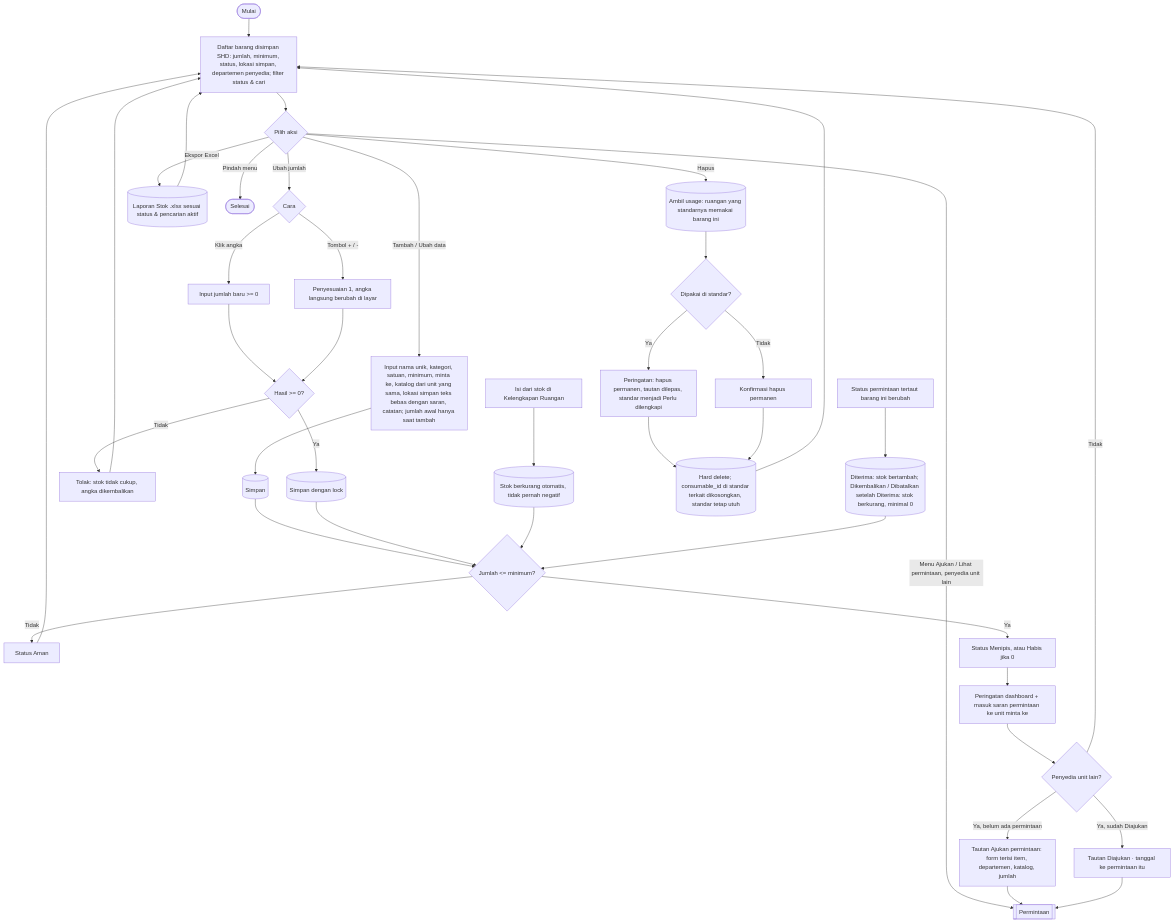
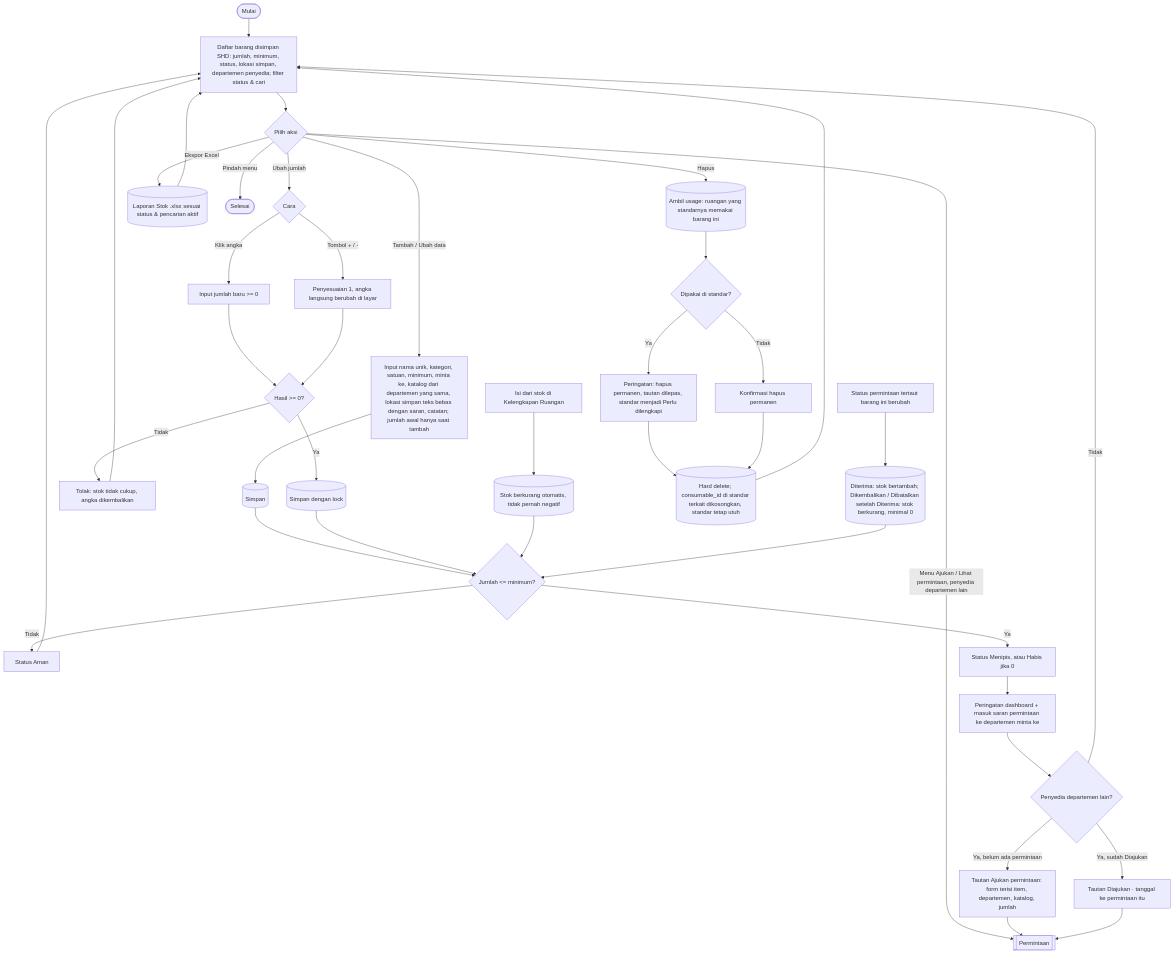
Before and after one commit to mrizqihidayat/system-tracking-asset: the eighth of 9 diagrams in docs/flowchart.md, drawn with Mermaid. The commit also changed other lines of this file and 41 other files, not shown here.

First line of the commit message:
T26q: istilah Departemen menggantikan unit organisasi

````diff
--- a/docs/flowchart.md
+++ b/docs/flowchart.md
@@ -292,35 +292,35 @@
 ```mermaid
 flowchart TD
     A([Mulai]) --> B[Daftar barang disimpan SHD: jumlah, minimum, status, lokasi simpan, departemen penyedia; filter status & cari]
     B --> C{Pilih aksi}
 
-    C -- Tambah / Ubah data --> T1[Input nama unik, kategori, satuan, minimum, minta ke, katalog dari unit yang sama, lokasi simpan teks bebas dengan saran, catatan; jumlah awal hanya saat tambah] --> T2[(Simpan)] --> CEK
+    C -- Tambah / Ubah data --> T1[Input nama unik, kategori, satuan, minimum, minta ke, katalog dari departemen yang sama, lokasi simpan teks bebas dengan saran, catatan; jumlah awal hanya saat tambah] --> T2[(Simpan)] --> CEK
 
     C -- Ubah jumlah --> J0{Cara}
     J0 -- Klik angka --> J1[Input jumlah baru >= 0]
     J0 -- Tombol + / - --> J2[Penyesuaian 1, angka langsung berubah di layar]
     J1 & J2 --> J3{Hasil >= 0?}
     J3 -- Tidak --> J4[Tolak: stok tidak cukup, angka dikembalikan] --> B
     J3 -- Ya --> J5[(Simpan dengan lock)] --> CEK
 
     R0[Isi dari stok di Kelengkapan Ruangan] --> R1[(Stok berkurang otomatis, tidak pernah negatif)] --> CEK
     R2[Status permintaan tertaut barang ini berubah] --> R3[(Diterima: stok bertambah; Dikembalikan / Dibatalkan setelah Diterima: stok berkurang, minimal 0)] --> CEK
 
     C -- Hapus --> H0[(Ambil usage: ruangan yang standarnya memakai barang ini)]
     H0 --> H1{Dipakai di standar?}
     H1 -- Ya --> H2[Peringatan: hapus permanen, tautan dilepas, standar menjadi Perlu dilengkapi]
     H1 -- Tidak --> H3[Konfirmasi hapus permanen]
     H2 & H3 --> H4[(Hard delete; consumable_id di standar terkait dikosongkan, standar tetap utuh)] --> B
 
-    C -- Menu Ajukan / Lihat permintaan, penyedia unit lain --> S6a[[Permintaan]]
+    C -- Menu Ajukan / Lihat permintaan, penyedia departemen lain --> S6a[[Permintaan]]
 
     C -- Ekspor Excel --> X1[(Laporan Stok .xlsx sesuai status & pencarian aktif)] --> B
     C -- Pindah menu --> Z([Selesai])
 
     CEK{Jumlah <= minimum?}
     CEK -- Tidak --> S1[Status Aman] --> B
-    CEK -- Ya --> S2[Status Menipis, atau Habis jika 0] --> S3[Peringatan dashboard + masuk saran permintaan ke unit minta ke] --> S4{Penyedia unit lain?}
+    CEK -- Ya --> S2[Status Menipis, atau Habis jika 0] --> S3[Peringatan dashboard + masuk saran permintaan ke departemen minta ke] --> S4{Penyedia departemen lain?}
     S4 -- Tidak --> B
     S4 -- Ya, belum ada permintaan --> S5a[Tautan Ajukan permintaan: form terisi item, departemen, katalog, jumlah] --> S6a
     S4 -- Ya, sudah Diajukan --> S7a[Tautan Diajukan · tanggal ke permintaan itu] --> S6a
 ```
````
